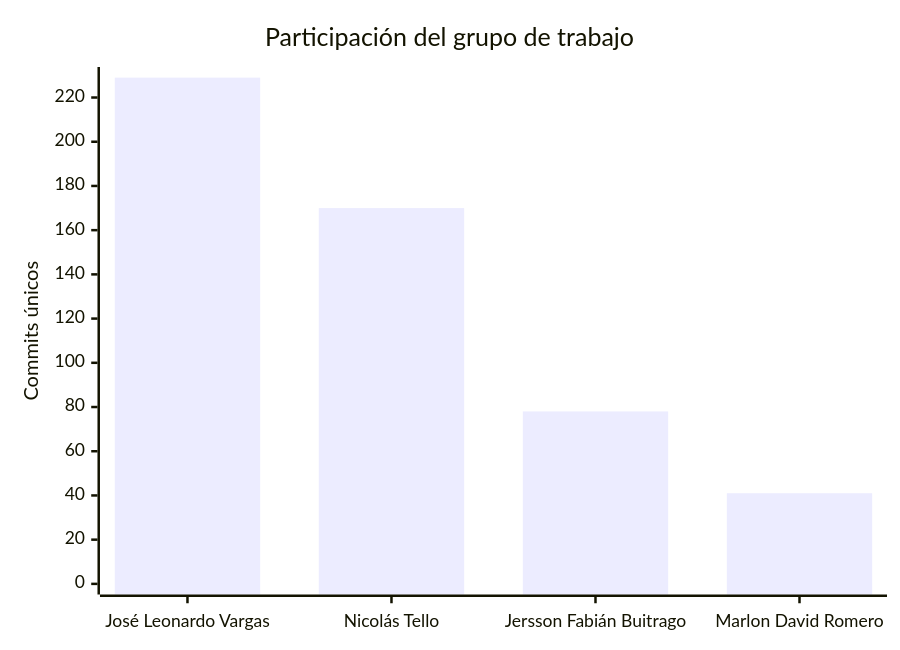
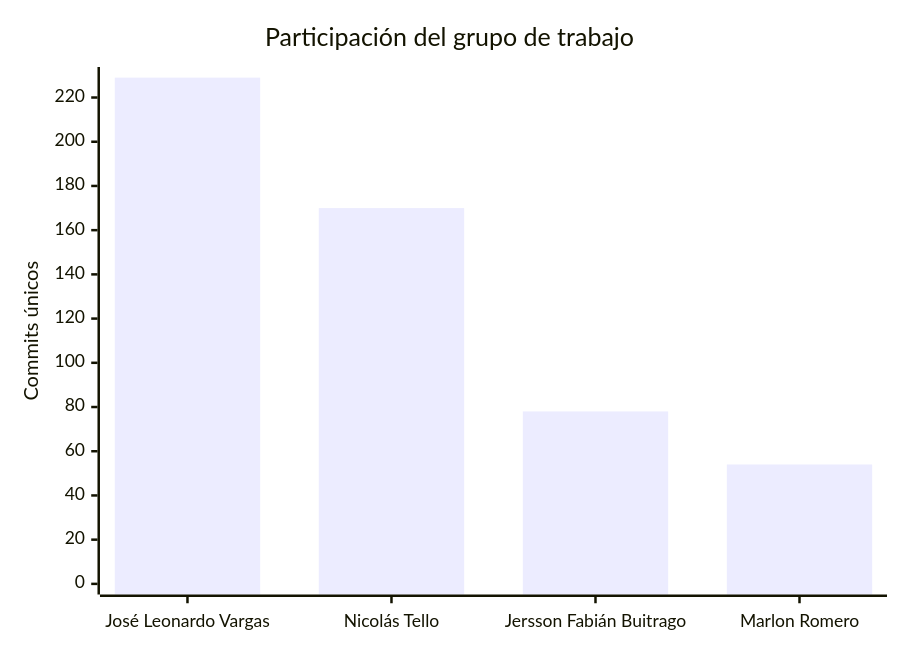
The second of 2 diagrams in README.md (FarmaExpres/FarmaExpres), drawn with Mermaid before and after one commit. The commit also changed other lines of this file and 2 other files, not shown here.

````diff
--- a/README.md
+++ b/README.md
@@ -401,7 +401,7 @@
 ```mermaid
 xychart-beta
     title "Participación del grupo de trabajo"
-    x-axis ["José Leonardo Vargas", "Nicolás Tello", "Jersson Fabián Buitrago", "Marlon David Romero"]
+    x-axis ["José Leonardo Vargas", "Nicolás Tello", "Jersson Fabián Buitrago", "Marlon Romero"]
     y-axis "Commits únicos" 0 --> 229
-    bar [229, 170, 78, 41]
+    bar [229, 170, 78, 54]
 ```
````
